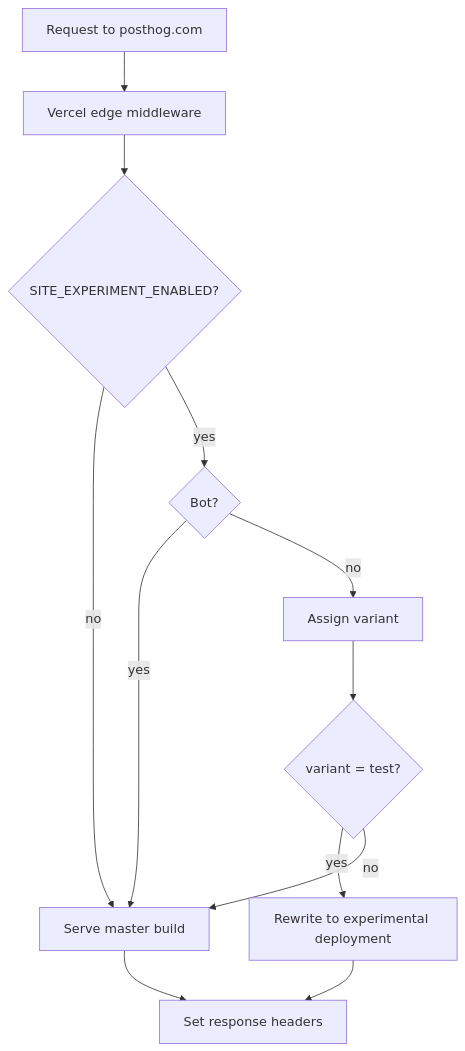
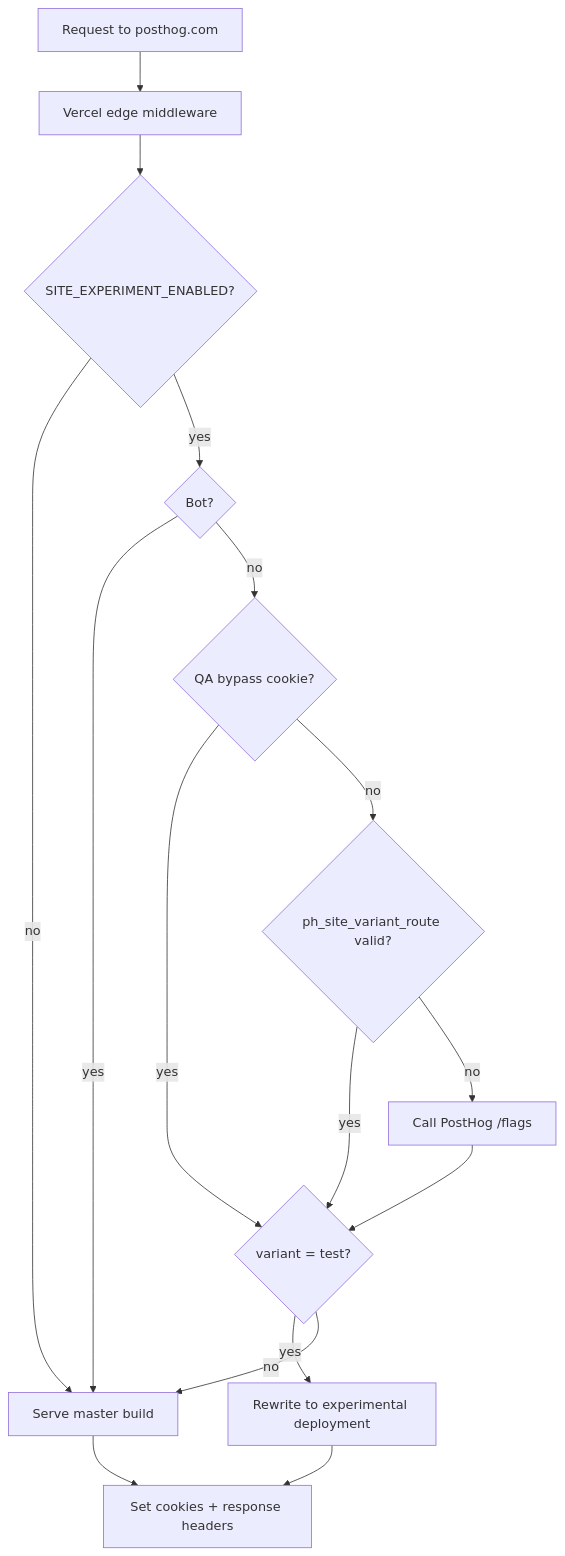
One commit to PostHog/posthog.com changed the diagram in contents/handbook/engineering/posthog-com/site-experiments.mdx. Above: the diagram before and after it, drawn with Mermaid. The commit also changed other lines of this file and 3 other files, not shown here.

````diff
--- a/contents/handbook/engineering/posthog-com/site-experiments.mdx
+++ b/contents/handbook/engineering/posthog-com/site-experiments.mdx
@@ -13,14 +13,18 @@
 ```mermaid
 flowchart TD
     Request[Request to posthog.com] --> Middleware[Vercel edge middleware]
     Middleware --> Enabled{SITE_EXPERIMENT_ENABLED?}
     Enabled -->|no| Prod[Serve master build]
     Enabled -->|yes| Bot{Bot?}
     Bot -->|yes| Prod
-    Bot -->|no| Assign[Assign variant]
-    Assign --> Variant{variant = test?}
+    Bot -->|no| Bypass{QA bypass cookie?}
+    Bypass -->|yes| Variant{variant = test?}
+    Bypass -->|no| RouteCookie{ph_site_variant_route valid?}
+    RouteCookie -->|yes| Variant
+    RouteCookie -->|no| Flags[Call PostHog /flags]
+    Flags --> Variant
     Variant -->|yes| Rewrite[Rewrite to experimental deployment]
     Variant -->|no| Prod
-    Rewrite --> Headers[Set response headers]
+    Rewrite --> Headers[Set cookies + response headers]
     Prod --> Headers
 ```
````
